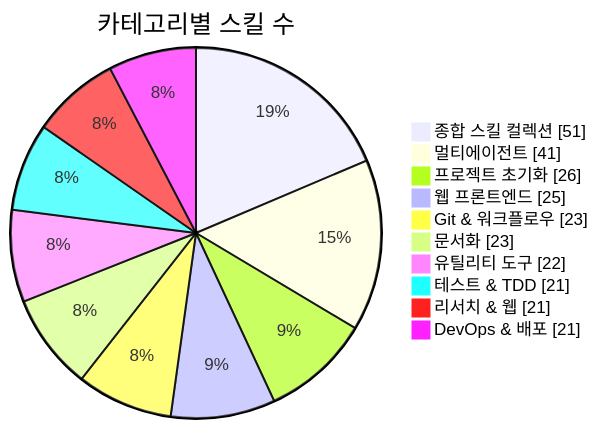
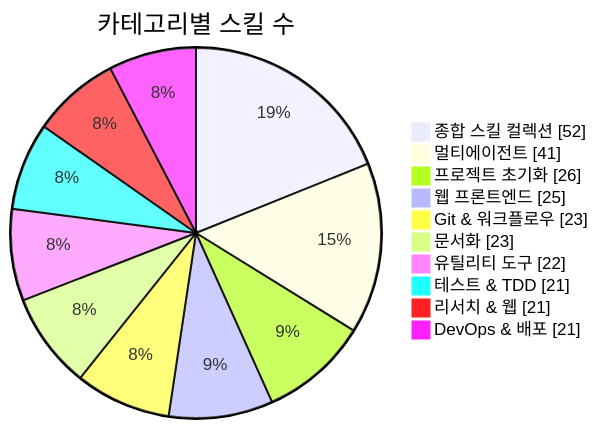
The first of 3 diagrams in README.md (J-nowcow/awesome-korean-agent-skills), drawn with Mermaid before and after one commit. The commit also changed other lines of this file and 3 other files, not shown here.

````diff
--- a/README.md
+++ b/README.md
@@ -176,14 +176,14 @@
 ```mermaid
 pie showData
     title 카테고리별 스킬 수
-    "종합 스킬 컬렉션" : 51
+    "종합 스킬 컬렉션" : 52
     "멀티에이전트" : 41
     "프로젝트 초기화" : 26
     "웹 프론트엔드" : 25
     "Git & 워크플로우" : 23
     "문서화" : 23
     "유틸리티 도구" : 22
     "테스트 & TDD" : 21
     "리서치 & 웹" : 21
     "DevOps & 배포" : 21
 ```
````
